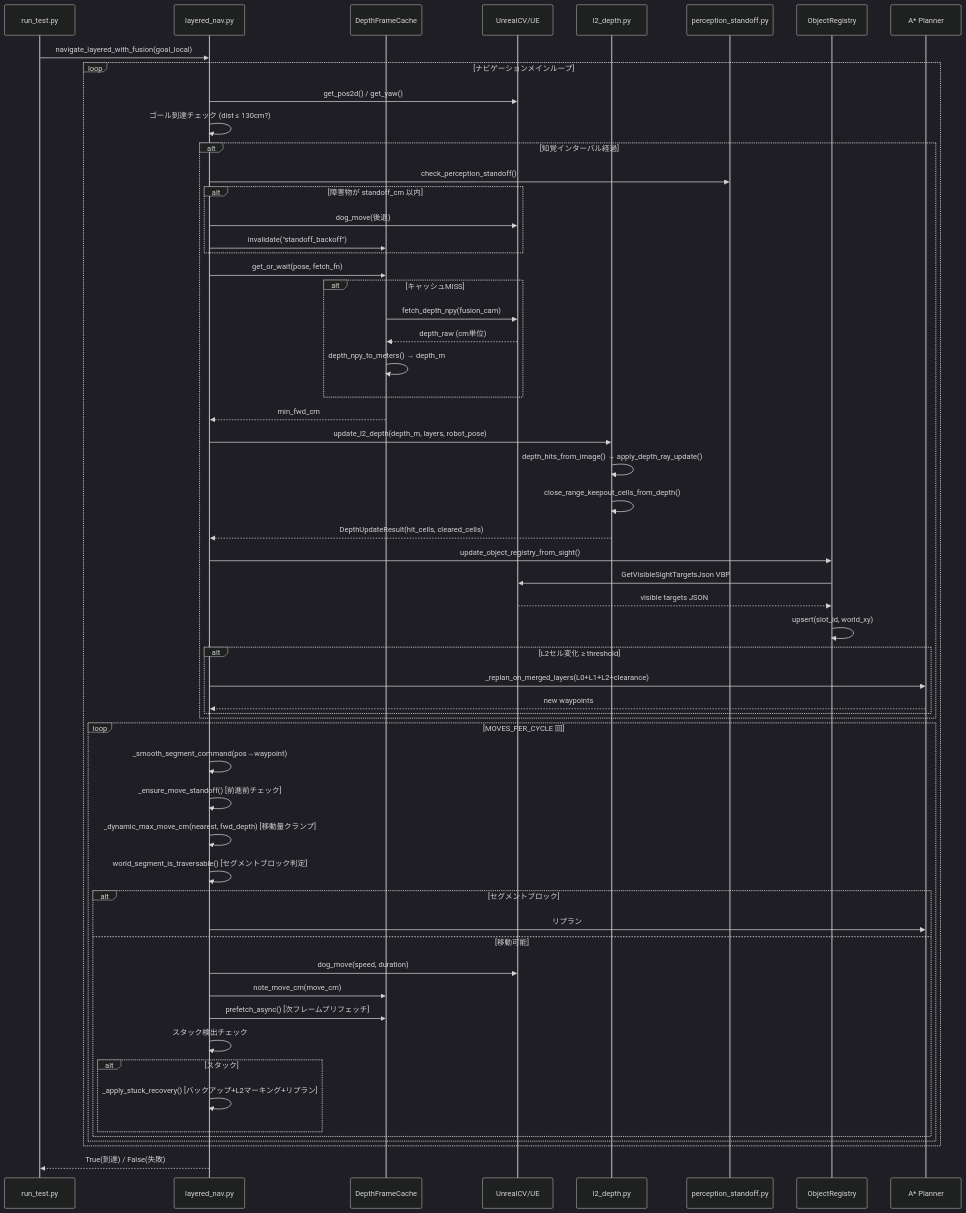
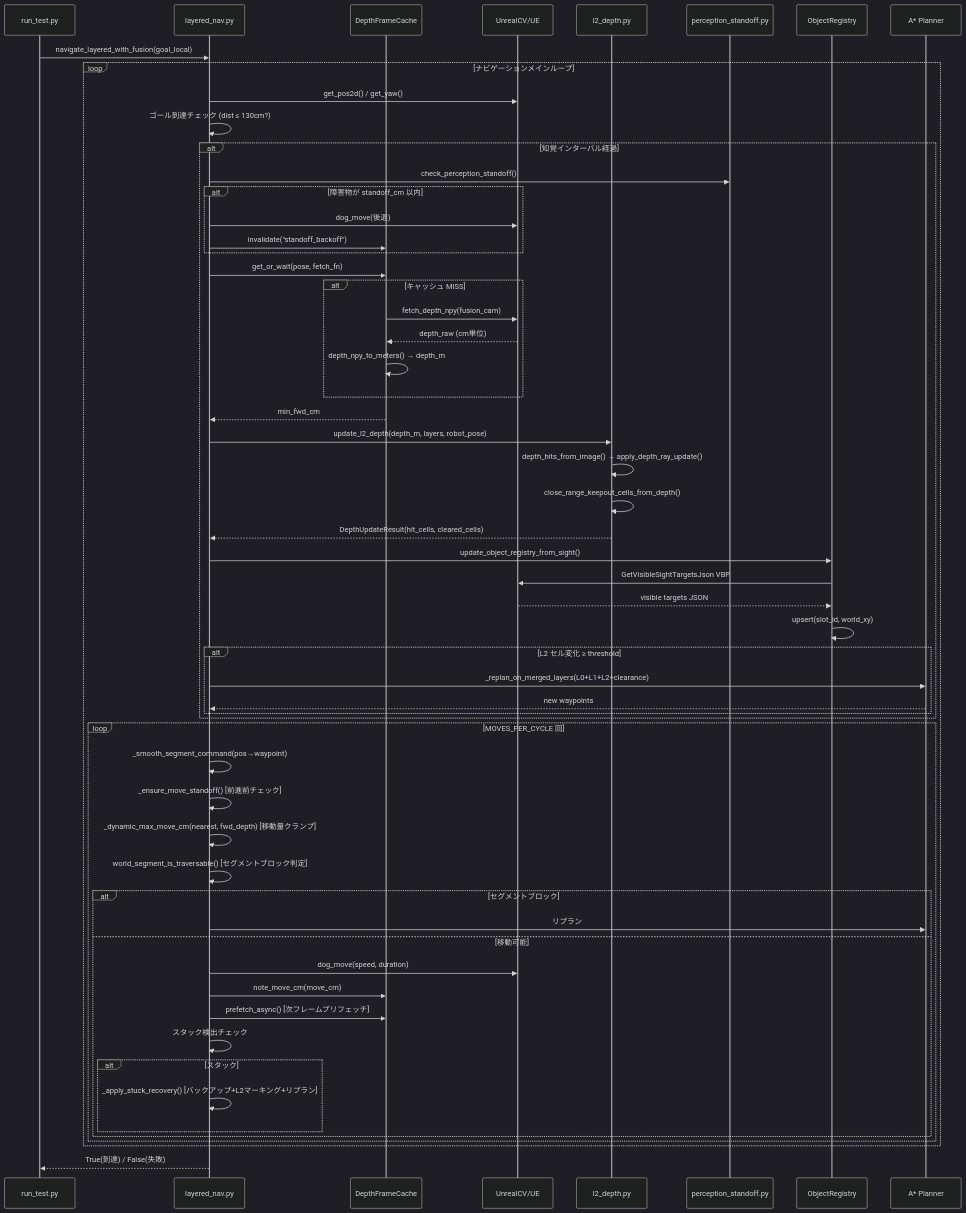
The diagram in dev/grid_env_level_nav/scenarios/site_transport_20m/MISSION_ARCHITECTURE.md (kota-may478/SimWorld), drawn with Mermaid (dark theme) before and after one commit. The commit also changed other lines of this file, not shown here.

First line of the commit message:
refactor(site20): update MISSION_ARCHITECTURE documentation for clarity and structure

````diff
--- a/dev/grid_env_level_nav/scenarios/site_transport_20m/MISSION_ARCHITECTURE.md
+++ b/dev/grid_env_level_nav/scenarios/site_transport_20m/MISSION_ARCHITECTURE.md
@@ -334,63 +501,63 @@
 ```mermaid
 sequenceDiagram
     participant Main as run_test.py
     participant Nav as layered_nav.py
     participant DFC as DepthFrameCache
     participant UE as UnrealCV/UE
     participant L2 as l2_depth.py
     participant SO as perception_standoff.py
     participant OR as ObjectRegistry
     participant AP as A* Planner
 
     Main->>Nav: navigate_layered_with_fusion(goal_local)
     loop ナビゲーションメインループ
         Nav->>UE: get_pos2d() / get_yaw()
         Nav->>Nav: ゴール到達チェック (dist ≤ 130cm?)
 
         alt 知覚インターバル経過
             Nav->>SO: check_perception_standoff()
             alt 障害物が standoff_cm 以内
                 Nav->>UE: dog_move(後退)
                 Nav->>DFC: invalidate("standoff_backoff")
             end
             Nav->>DFC: get_or_wait(pose, fetch_fn)
-            alt キャッシュMISS
+            alt キャッシュ MISS
                 DFC->>UE: fetch_depth_npy(fusion_cam)
                 UE-->>DFC: depth_raw (cm単位)
                 DFC->>DFC: depth_npy_to_meters() → depth_m
             end
             DFC-->>Nav: min_fwd_cm
             Nav->>L2: update_l2_depth(depth_m, layers, robot_pose)
             L2->>L2: depth_hits_from_image() → apply_depth_ray_update()
             L2->>L2: close_range_keepout_cells_from_depth()
             L2-->>Nav: DepthUpdateResult(hit_cells, cleared_cells)
             Nav->>OR: update_object_registry_from_sight()
             OR->>UE: GetVisibleSightTargetsJson VBP
             UE-->>OR: visible targets JSON
             OR->>OR: upsert(slot_id, world_xy)
-            alt L2セル変化 ≥ threshold
+            alt L2 セル変化 ≥ threshold
                 Nav->>AP: _replan_on_merged_layers(L0+L1+L2+clearance)
                 AP-->>Nav: new waypoints
             end
         end
 
         loop MOVES_PER_CYCLE 回
             Nav->>Nav: _smooth_segment_command(pos→waypoint)
             Nav->>Nav: _ensure_move_standoff() [前進前チェック]
             Nav->>Nav: _dynamic_max_move_cm(nearest, fwd_depth) [移動量クランプ]
             Nav->>Nav: world_segment_is_traversable() [セグメントブロック判定]
             alt セグメントブロック
                 Nav->>AP: リプラン
             else 移動可能
                 Nav->>UE: dog_move(speed, duration)
                 Nav->>DFC: note_move_cm(move_cm)
                 Nav->>DFC: prefetch_async() [次フレームプリフェッチ]
                 Nav->>Nav: スタック検出チェック
                 alt スタック
                     Nav->>Nav: _apply_stuck_recovery() [バックアップ+L2マーキング+リプラン]
                 end
             end
         end
     end
     Nav-->>Main: True(到達) / False(失敗)
 ```
````
